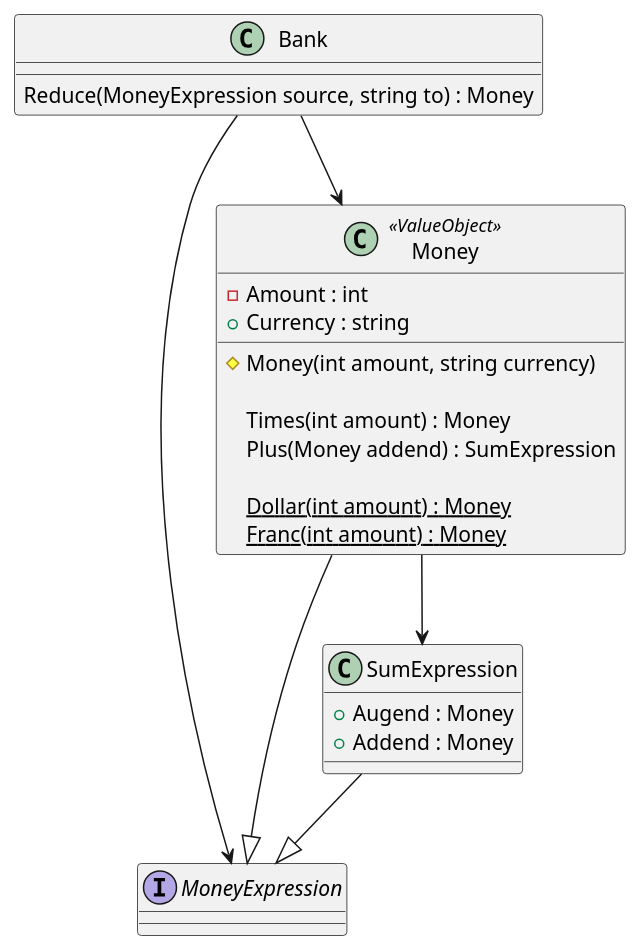
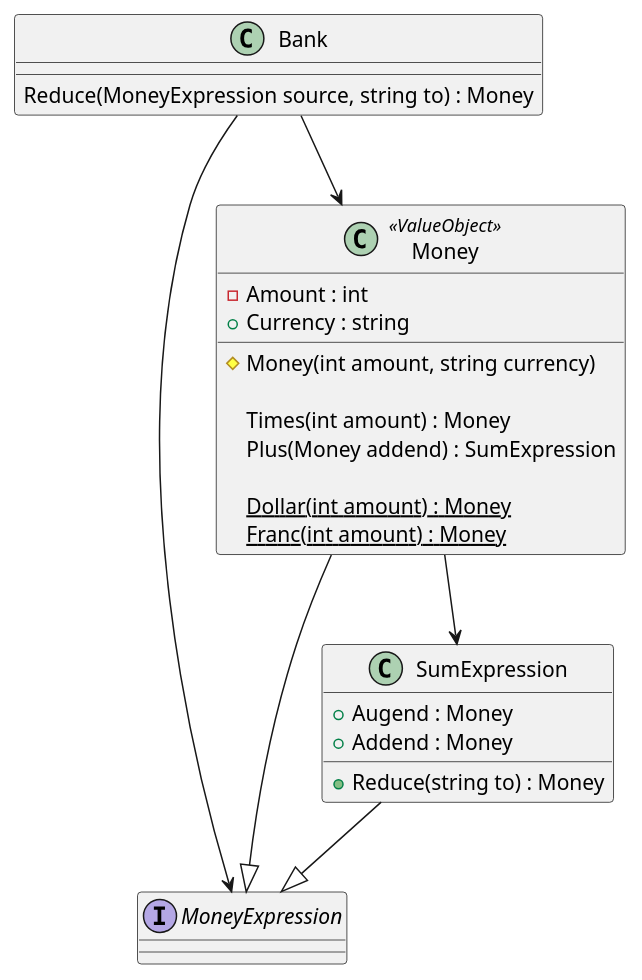
The diagram in Documentation/Classes.puml (RicardoGuzmanVelasco/KentBeck.TDDByExample), drawn with PlantUML before and after one commit. The commit also changed 2 other files, not shown here.

Commit message:
16 | Bank Money Reduction | Red

```diff
--- a/Documentation/Classes.puml
+++ b/Documentation/Classes.puml
@@ -1,34 +1,36 @@
 @startuml
 
 interface MoneyExpression 
 
 class Money <<ValueObject>>
 {
     -Amount : int
     +Currency : string
     
     #Money(int amount, string currency)
     
     Times(int amount) : Money
     Plus(Money addend) : SumExpression
     
     {static} Dollar(int amount) : Money
     {static} Franc(int amount) : Money
 }
 Money --|> MoneyExpression
 Money --> SumExpression
 
 class SumExpression
 {
     +Augend : Money
     +Addend : Money
+    
+    +Reduce(string to) : Money
 }
 SumExpression --|> MoneyExpression
 
 class Bank
 {
     Reduce(MoneyExpression source, string to) : Money
 }
 Bank --> MoneyExpression
 Bank --> Money
 @enduml
```
